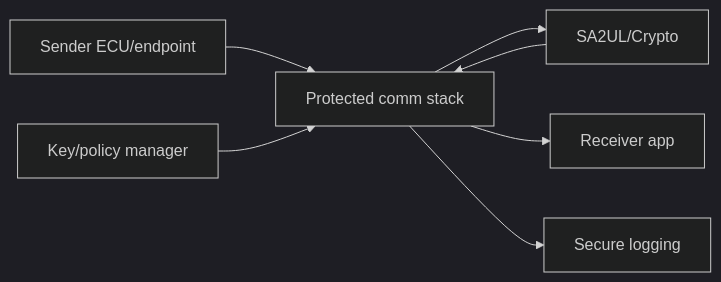
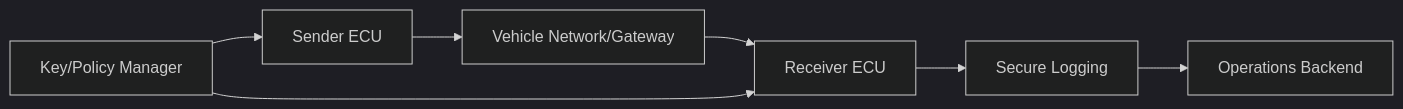
Before and after one commit to vinodneelakantam/Sec_Concepts_Req_tracability: the first of 3 diagrams in TDA4VM_Secure_Communication_Requirements.md, drawn with Mermaid (dark theme). The commit also changed other lines of this file and 7 other files, not shown here.

````diff
--- a/TDA4VM_Secure_Communication_Requirements.md
+++ b/TDA4VM_Secure_Communication_Requirements.md
@@ -54,13 +18,9 @@
 ```mermaid
-flowchart LR
-  Tx["Sender ECU/endpoint"]
-  Stack["Protected comm stack"]
-  Key["Key/policy manager"]
-  Crypto["SA2UL/Crypto"]
-  Rx["Receiver app"]
-  Log["Secure logging"]
-
-  Tx --> Stack --> Crypto --> Stack --> Rx
-  Key --> Stack
-  Stack --> Log
+graph LR
+  Tx[Sender ECU] --> Net[Vehicle Network/Gateway]
+  Net --> Rx[Receiver ECU]
+  Key[Key/Policy Manager] --> Tx
+  Key --> Rx
+  Rx --> Log[Secure Logging]
+  Log --> Ops[Operations Backend]
 ```
````
